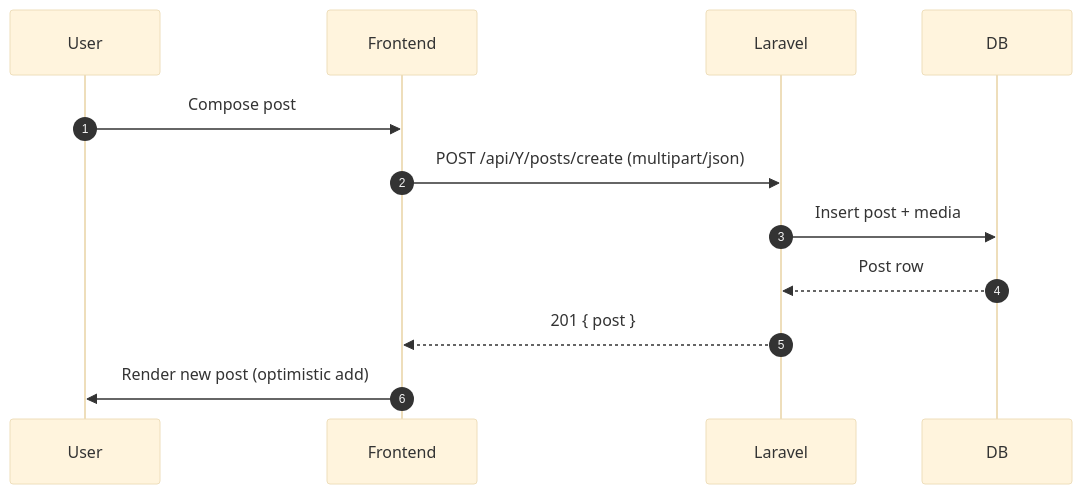
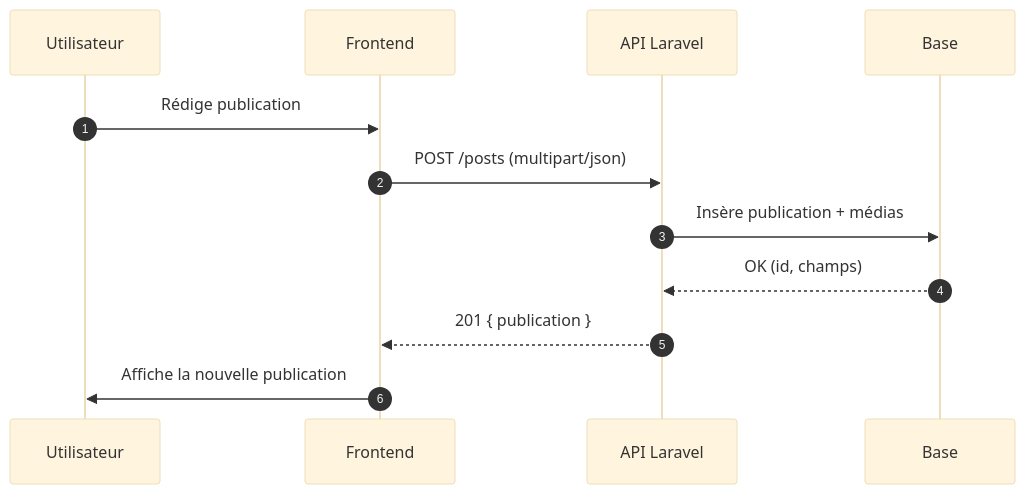
One commit to NeuralMobi-ltd/FanRadarUser changed the diagram in diagrams/sequence_post_creation.mermaid. Above: the diagram before and after it, drawn with Mermaid (base theme). The commit also changed 21 other files, not shown here.

```diff
--- a/diagrams/sequence_post_creation.mermaid
+++ b/diagrams/sequence_post_creation.mermaid
@@ -1,12 +1,12 @@
 sequenceDiagram
   autonumber
-  participant U as User
+  participant U as Utilisateur
   participant FE as Frontend
-  participant API as Laravel
-  participant DB as DB
-  U->>FE: Compose post
-  FE->>API: POST /api/Y/posts/create (multipart/json)
-  API->>DB: Insert post + media
-  DB-->>API: Post row
-  API-->>FE: 201 { post }
-  FE->>U: Render new post (optimistic add)
+  participant API as API Laravel
+  participant DB as Base
+  U->>FE: Rédige publication
+  FE->>API: POST /posts (multipart/json)
+  API->>DB: Insère publication + médias
+  DB-->>API: OK (id, champs)
+  API-->>FE: 201 { publication }
+  FE->>U: Affiche la nouvelle publication
```
